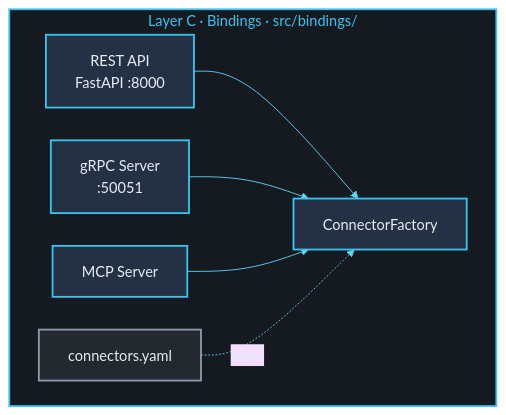
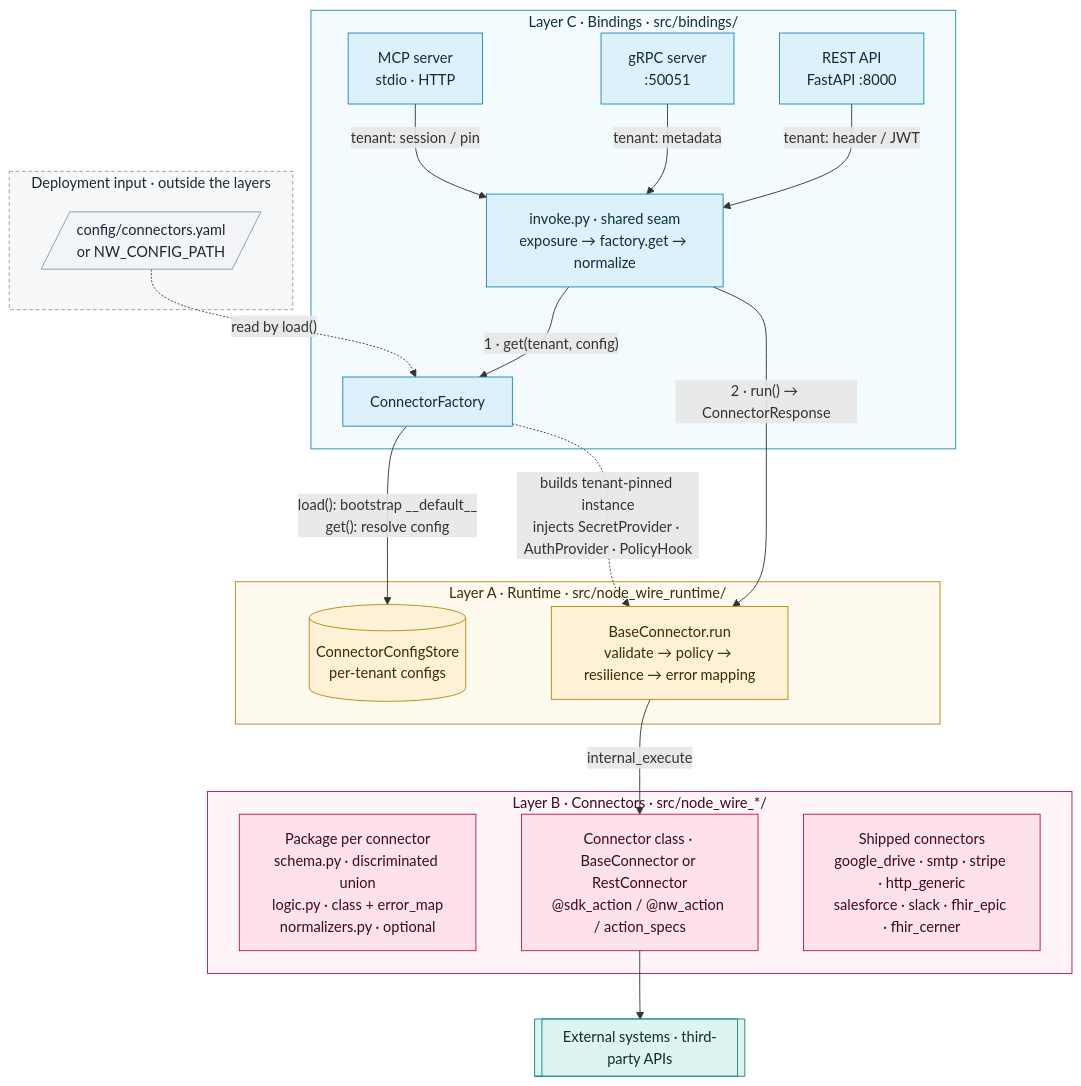
Before and after one commit to AOT-Technologies/node-wire: the first of 3 diagrams in docs/architecture.md, drawn with Mermaid. The commit also changed other lines of this file and 255 other files, not shown here.

````diff
--- a/docs/architecture.md
+++ b/docs/architecture.md
@@ -44,23 +33,55 @@
 ```mermaid
-%%{init: {"theme": "base", "themeVariables": {"fontSize": "16px", "fontFamily": "Inter, system-ui, sans-serif", "primaryTextColor": "#E8EDF5", "lineColor": "#62d2f5"}, "flowchart": {"nodeSpacing": 36, "rankSpacing": 40, "padding": 16}}}%%
-flowchart LR
-    subgraph layerC ["Layer C · Bindings · src/bindings/"]
-        direction LR
-        RestAPI["REST API<br/>FastAPI :8000"]
-        GrpcSrv["gRPC Server<br/>:50051"]
-        McpSrv["MCP Server"]
-        Factory["ConnectorFactory"]
-        Config["connectors.yaml"]
+flowchart TB
+    subgraph input["Deployment input · outside the layers"]
+        Config[/"config/connectors.yaml<br/>or NW_CONFIG_PATH"/]
     end
 
-    RestAPI --> Factory
-    GrpcSrv --> Factory
-    McpSrv --> Factory
-    Config -. "loads" .-> Factory
+    subgraph layerC["Layer C · Bindings · src/bindings/"]
+        RestAPI["REST API<br/>FastAPI :8000"]
+        GrpcSrv["gRPC server<br/>:50051"]
+        McpSrv["MCP server<br/>stdio · HTTP"]
+        Invoke["invoke.py · shared seam<br/>exposure → factory.get → normalize"]
+        Factory["ConnectorFactory"]
+    end
 
-    classDef bindings fill:#243044,stroke:#37c4f0,stroke-width:2px,color:#E8EDF5
-    classDef config fill:#242930,stroke:#8A9BAC,stroke-width:2px,color:#E8EDF5
-    class RestAPI,GrpcSrv,McpSrv,Factory bindings
-    class Config config
-    style layerC fill:#151920,stroke:#37c4f0,stroke-width:2px,color:#37c4f0
+    subgraph layerA["Layer A · Runtime · src/node_wire_runtime/"]
+        Store[("ConnectorConfigStore<br/>per-tenant configs")]
+        Run["BaseConnector.run<br/>validate → policy → resilience → error mapping"]
+    end
+
+    subgraph layerB["Layer B · Connectors · src/node_wire_*/"]
+        Pkg["Package per connector<br/>schema.py · discriminated union<br/>logic.py · class + error_map<br/>normalizers.py · optional"]
+        Actions["Connector class · BaseConnector or RestConnector<br/>@sdk_action / @nw_action / action_specs"]
+        Shipped["Shipped connectors<br/>google_drive · smtp · stripe · http_generic<br/>salesforce · slack · fhir_epic · fhir_cerner"]
+    end
+
+    Ext[["External systems · third-party APIs"]]
+
+    RestAPI -- "tenant: header / JWT" --> Invoke
+    GrpcSrv -- "tenant: metadata" --> Invoke
+    McpSrv -- "tenant: session / pin" --> Invoke
+    Invoke -- "1 · get(tenant, config)" --> Factory
+    Invoke -- "2 · run() → ConnectorResponse" --> Run
+    Config -. "read by load()" .-> Factory
+    Factory -- "load(): bootstrap __default__<br/>get(): resolve config" --> Store
+    Factory -. "builds tenant-pinned instance<br/>injects SecretProvider · AuthProvider · PolicyHook" .-> Run
+    Run -- "internal_execute" --> Actions
+    Actions --> Ext
+    Run ~~~ Pkg
+    Run ~~~ Shipped
+
+    classDef binding fill:#ddf1fb,stroke:#1a88b0,stroke-width:1px,color:#0d2f3d
+    classDef store fill:#f2f4f7,stroke:#8a9bac,stroke-width:1px,color:#1c2733
+    classDef runtime fill:#fdf2d6,stroke:#b8860b,stroke-width:1px,color:#3a2c05
+    classDef connector fill:#fde2ea,stroke:#b81548,stroke-width:1px,color:#3d0a1d
+    classDef ext fill:#ddf5f0,stroke:#12867a,stroke-width:1px,color:#0b2f2a
+    class RestAPI,GrpcSrv,McpSrv,Invoke,Factory binding
+    class Config store
+    class Store,Run runtime
+    class Actions,Pkg,Shipped connector
+    class Ext ext
+    style input fill:#f7f8fa,stroke:#8a9bac,stroke-width:1px,stroke-dasharray:4 3,color:#1c2733
+    style layerC fill:#f4fbfe,stroke:#1a88b0,stroke-width:1px,color:#0d2f3d
+    style layerA fill:#fffaf0,stroke:#b8860b,stroke-width:1px,color:#3a2c05
+    style layerB fill:#fff5f8,stroke:#b81548,stroke-width:1px,color:#3d0a1d
 ```
````
